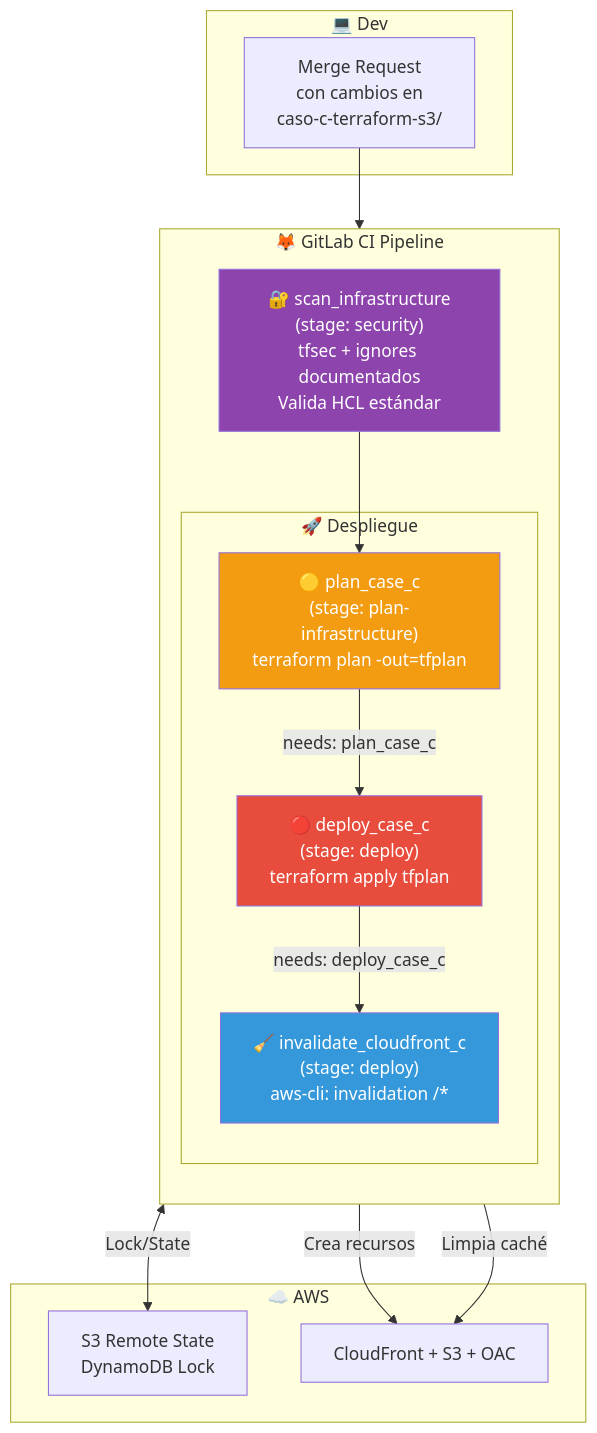
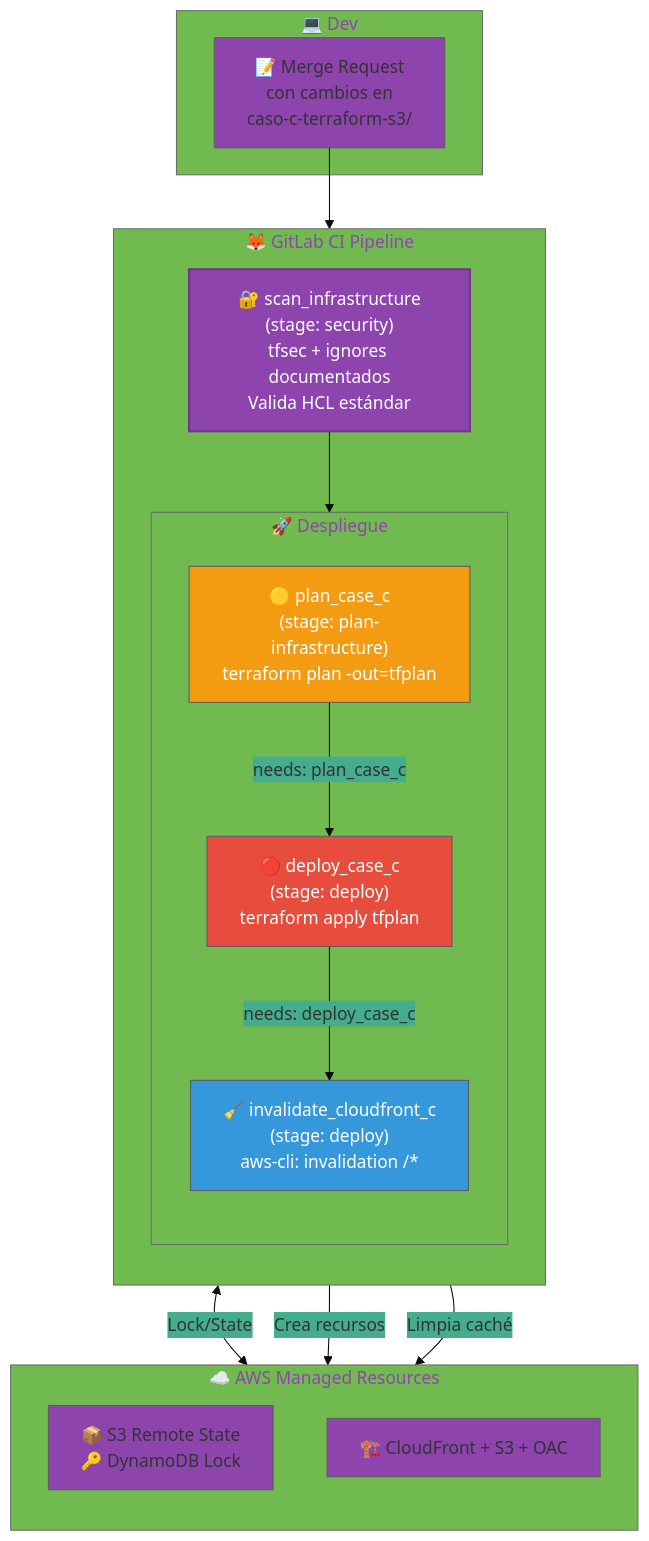
One commit to vladimiracunadev-create/proyectos-aws changed the third of 3 diagrams in caso-c-terraform-s3/docs/architecture.md. Above: the diagram before and after it, drawn with Mermaid. The commit also changed other lines of this file and 6 other files, not shown here.

Commit message:
docs: mass optimization of architecture diagrams for all completed cases (A, B, C, D, J, K, L) - vertical flow and premium styles

````diff
--- a/caso-c-terraform-s3/docs/architecture.md
+++ b/caso-c-terraform-s3/docs/architecture.md
@@ -96,36 +101,39 @@
 ```mermaid
-graph TD
+%%{init: {'theme': 'base', 'themeVariables': { 'primaryColor': '#8E44AD', 'fontsize': '16px' }}}%%
+graph TB
     subgraph Dev["💻 Dev"]
-        PR["Merge Request\ncon cambios en\ncaso-c-terraform-s3/"]
+        PR["📝 Merge Request\ncon cambios en\ncaso-c-terraform-s3/"]
     end
 
     subgraph CI["🦊 GitLab CI Pipeline"]
         direction TB
         Security["🔐 scan_infrastructure\n(stage: security)\ntfsec + ignores documentados\nValida HCL estándar"]
         
         subgraph BuildDeploy["🚀 Despliegue"]
+            direction TB
             Plan["🟡 plan_case_c\n(stage: plan-infrastructure)\nterraform plan -out=tfplan"]
             Apply["🔴 deploy_case_c\n(stage: deploy)\nterraform apply tfplan"]
             Invalidate["🧹 invalidate_cloudfront_c\n(stage: deploy)\naws-cli: invalidation /*"]
         end
     end
 
-    subgraph AWS["☁️ AWS"]
-        RemoteState["S3 Remote State\nDynamoDB Lock"]
-        Resources["CloudFront + S3 + OAC"]
+    subgraph AWS["☁️ AWS Managed Resources"]
+        direction TB
+        RemoteState["📦 S3 Remote State\n🔑 DynamoDB Lock"]
+        Resources["🏗️ CloudFront + S3 + OAC"]
     end
 
     PR --> Security
     Security --> Plan
     Plan -->|"needs: plan_case_c"| Apply
     Apply -->|"needs: deploy_case_c"| Invalidate
     
     Plan <-->|"Lock/State"| RemoteState
     Apply -->|"Crea recursos"| Resources
     Invalidate -->|"Limpia caché"| Resources
 
     style Plan fill:#F39C12,color:#fff
     style Apply fill:#E74C3C,color:#fff
-    style Security fill:#8E44AD,color:#fff
+    style Security fill:#8E44AD,color:#fff,stroke:#71368a,stroke-width:2px
     style Invalidate fill:#3498DB,color:#fff
 ```
````
